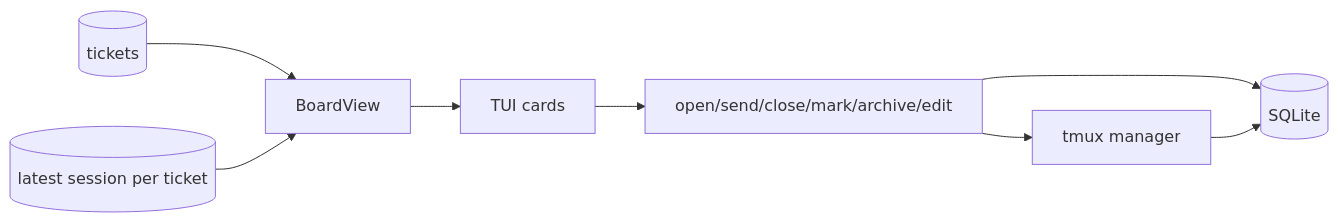
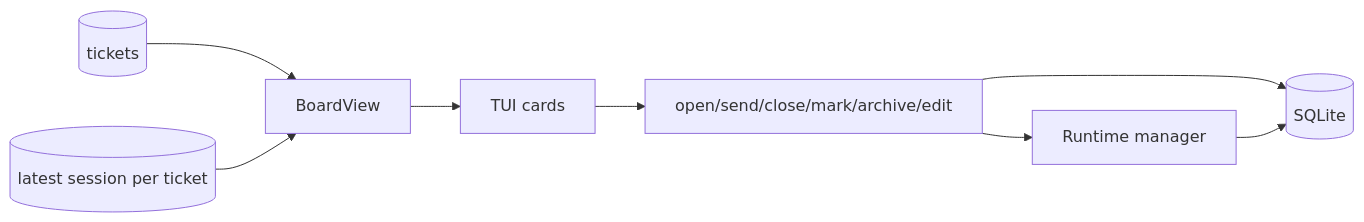
The third of 6 diagrams in docs/state-management.md (carlotran4/kanbi), drawn with Mermaid before and after one commit. The commit also changed other lines of this file and 12 other files, not shown here.

````diff
--- a/docs/state-management.md
+++ b/docs/state-management.md
@@ -58,10 +58,10 @@
 ```mermaid
 flowchart LR
     tickets[(tickets)] --> BoardView
     sessions_latest[(latest session per ticket)] --> BoardView
     BoardView --> TUI[TUI cards]
     TUI --> Commands[open/send/close/mark/archive/edit]
     Commands --> Store[(SQLite)]
-    Commands --> Tmux[tmux manager]
-    Tmux --> Store
+    Commands --> Runtime[Runtime manager]
+    Runtime --> Store
 ```
````
